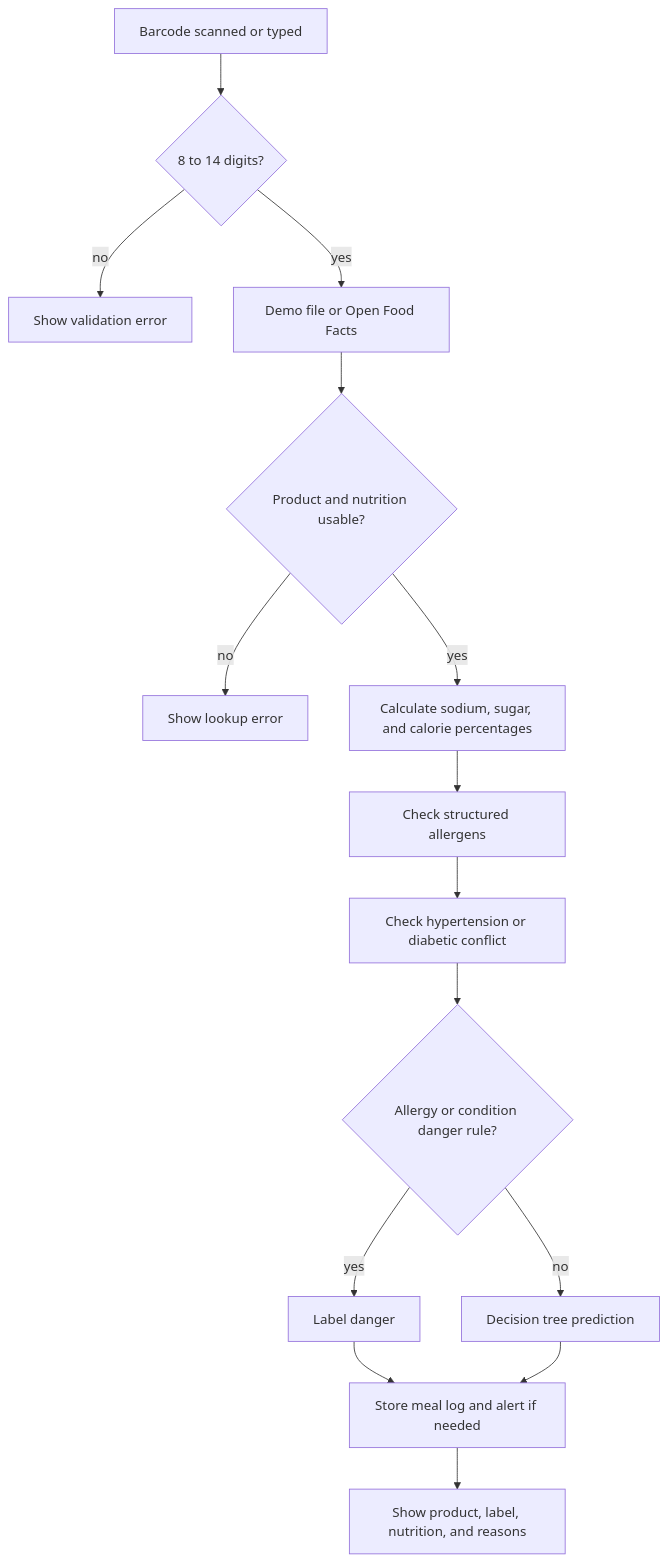
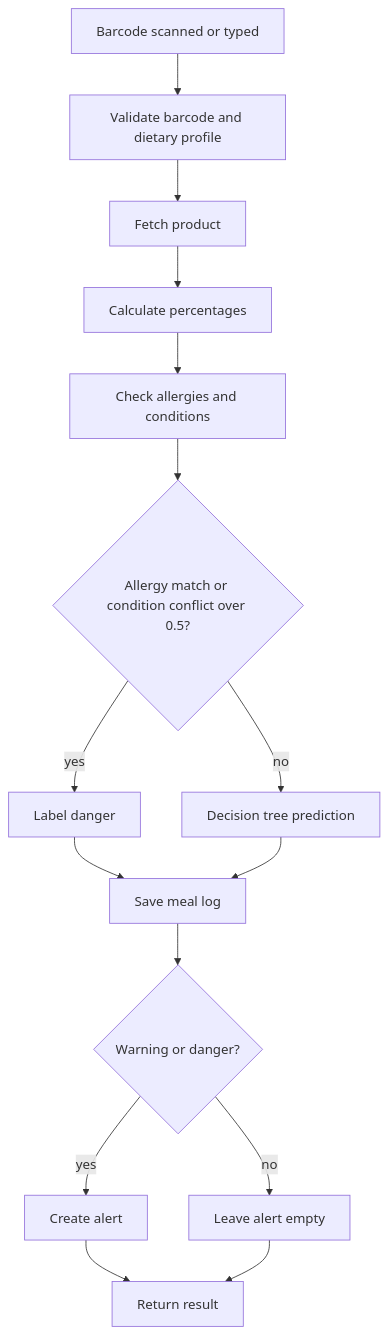
The second of 5 diagrams in docs/diagrams.md (punypeony/HEALTHWATCH), drawn with Mermaid before and after one commit. The commit also changed other lines of this file and 2 other files, not shown here.

````diff
--- a/docs/diagrams.md
+++ b/docs/diagrams.md
@@ -21,17 +27,18 @@
 ```mermaid
 flowchart TD
-  startNode[Barcode scanned or typed] --> valid{8 to 14 digits?}
-  valid -->|no| invalid[Show validation error]
-  valid -->|yes| lookup[Demo file or Open Food Facts]
-  lookup --> found{Product and nutrition usable?}
-  found -->|no| notFound[Show lookup error]
-  found -->|yes| percent[Calculate sodium, sugar, and calorie percentages]
-  percent --> allergy[Check structured allergens]
-  allergy --> condition[Check hypertension or diabetic conflict]
-  condition --> rules{Allergy or condition danger rule?}
-  rules -->|yes| danger[Label danger]
-  rules -->|no| tree[Decision tree prediction]
-  danger --> save[Store meal log and alert if needed]
-  tree --> save
-  save --> result[Show product, label, nutrition, and reasons]
+  scanned[Barcode scanned or typed]
+  scanned --> validate[Validate barcode and dietary profile]
+  validate --> fetchProduct[Fetch product]
+  fetchProduct --> percentages[Calculate percentages]
+  percentages --> checks[Check allergies and conditions]
+  checks --> hardRule{Allergy match or condition conflict over 0.5?}
+  hardRule -->|yes| dangerLabel[Label danger]
+  hardRule -->|no| decisionTree[Decision tree prediction]
+  dangerLabel --> mealLog[Save meal log]
+  decisionTree --> mealLog
+  mealLog --> alert{Warning or danger?}
+  alert -->|yes| createAlert[Create alert]
+  alert -->|no| noAlert[Leave alert empty]
+  createAlert --> result[Return result]
+  noAlert --> result
 ```
````
